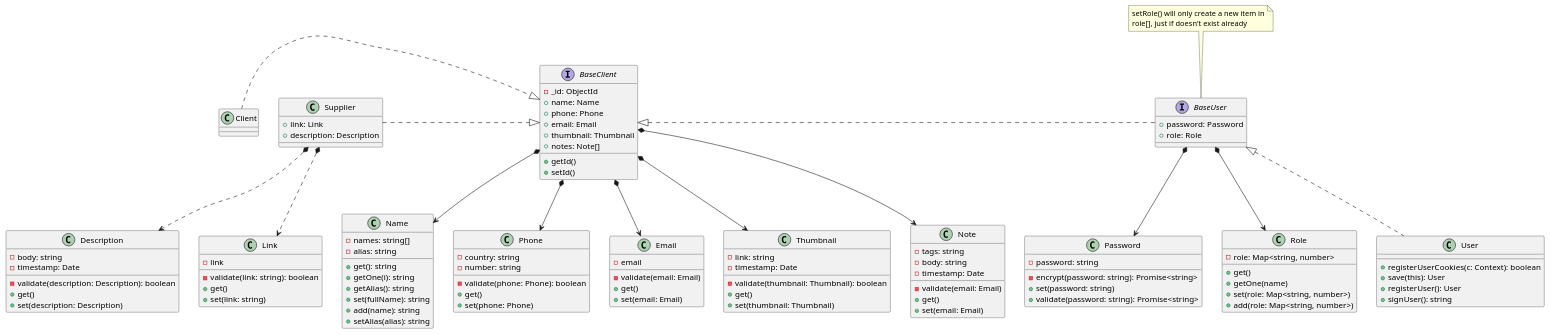
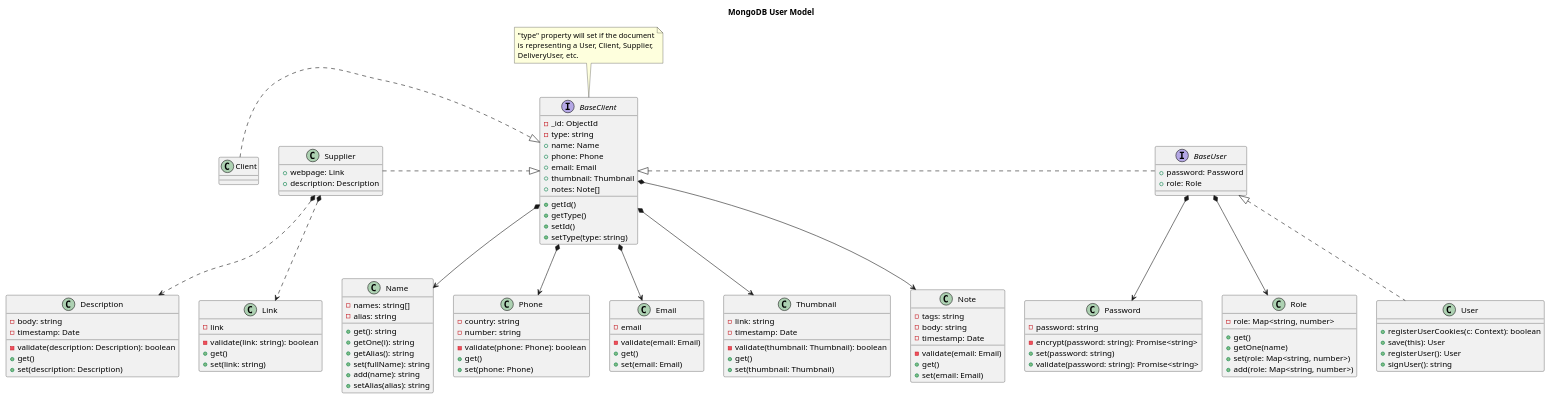
One commit to Chiqui1234ok/lions-app changed the diagram in back/uml/User.puml. Above: the diagram before and after it, drawn with PlantUML.

Commit message:
added "type" property. changed "link" property to "website" (Supplier)

```diff
--- a/back/uml/User.puml
+++ b/back/uml/User.puml
@@ -1,138 +1,144 @@
 @startuml
+
+title MongoDB User Model
 
 interface BaseClient {
     - _id: ObjectId
+    - type: string
     + name: Name
     + phone: Phone
     + email: Email
     + thumbnail: Thumbnail
     + notes: Note[]
     + getId()
+    + getType()
     + setId()
+    + setType(type: string)
 }
 
 ' interface BaseUser extends BaseClient
 interface BaseUser {
     + password: Password
     + role: Role
 }
 
 ' class Client implements BaseClient
 class Client {
 
 }
 
 ' class User implements BaseUser
 class User {
     + registerUserCookies(c: Context): boolean
     + save(this): User
     + registerUser(): User
     + signUser(): string
 }
 
 ' class Supplier implements BaseClient
 class Supplier {
-    + link: Link
+    + webpage: Link
     + description: Description
 }
 
 ' :: TINY OBJECTS ::
 
 class Password {
     - password: string
     - encrypt(password: string): Promise<string>
     + set(password: string)
     + validate(password: string): Promise<string>
 }
 
 class Role {
     - role: Map<string, number>
     + get()
     + getOne(name)
     + set(role: Map<string, number>)
     + add(role: Map<string, number>)
 }
 
 class Name {
     - names: string[]
     - alias: string
     + get(): string
     + getOne(i): string
     + getAlias(): string
     + set(fullName): string
     + add(name): string
     + setAlias(alias): string
 }
 
 class Phone {
     - country: string
     - number: string
     - validate(phone: Phone): boolean
     + get()
     + set(phone: Phone)
 }
 
 class Email {
     - email
     - validate(email: Email)
     + get()
     + set(email: Email)
 }
 
 class Description {
     - body: string
     - timestamp: Date
     - validate(description: Description): boolean
     + get()
     + set(description: Description)
 }
 
 class Thumbnail {
     - link: string
     - timestamp: Date
     - validate(thumbnail: Thumbnail): boolean
     + get()
     + set(thumbnail: Thumbnail)
 }
 
 class Note {
     - tags: string
     - body: string
     - timestamp: Date
     - validate(email: Email)
     + get()
     + set(email: Email)
 }
 
 class Link {
     - link
     - validate(link: string): boolean
     + get()
     + set(link: string)
 }
 
 ' Inherit (interfaces). For classes,
 ' remember: ClasePadre <|-- ClaseHija
 BaseClient <|.r. BaseUser
 BaseUser <|.. User
 BaseClient <|.l. Supplier
 BaseClient <|.l. Client
 
 ' Composition
 BaseClient *--> Name
 BaseClient *--> Phone
 BaseClient *--> Email
 BaseClient *--> Thumbnail
 BaseClient *--> Note
 Supplier *..> Link
 Supplier *..> Description
 BaseUser *--> Password
 BaseUser *--> Role
 
 ' Notes
-note top of BaseUser 
-setRole() will only create a new item in
-role[], just if doesn't exist already
+note top of BaseClient
+"type" property will set if the document
+is representing a User, Client, Supplier,
+DeliveryUser, etc.
 endnote
 
 @enduml
```
